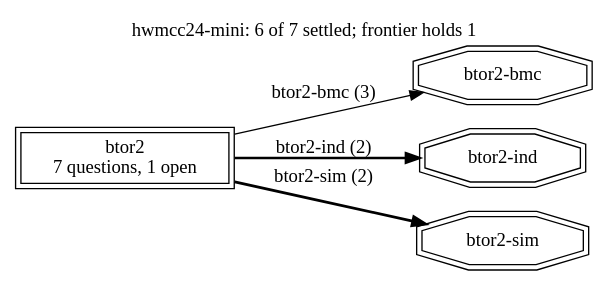
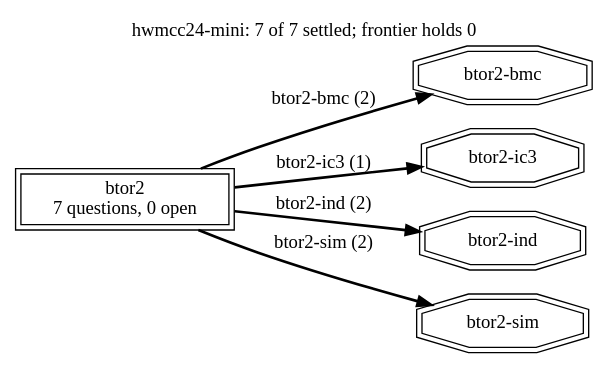
The diagram in runs/hwmcc24-mini/frontier.dot (cksystemsgroup/hurdy-gurdy), drawn with Graphviz before and after one commit. The commit also changed 22 other files, not shown here.

```diff
--- a/runs/hwmcc24-mini/frontier.dot
+++ b/runs/hwmcc24-mini/frontier.dot
@@ -1,12 +1,14 @@
 digraph "hwmcc24-mini" {
   rankdir=LR; labelloc=t;
-  label="hwmcc24-mini: 6 of 7 settled; frontier holds 1";
+  label="hwmcc24-mini: 7 of 7 settled; frontier holds 0";
   node [shape=box];
-  "btor2" [peripheries=2, label="btor2\n7 questions, 1 open"];
+  "btor2" [peripheries=2, label="btor2\n7 questions, 0 open"];
   "terminal:btor2-bmc" [shape=doubleoctagon, label="btor2-bmc"];
-  "btor2" -> "terminal:btor2-bmc" [style=solid, label="btor2-bmc (3)"];
+  "btor2" -> "terminal:btor2-bmc" [style=bold, label="btor2-bmc (2)"];
+  "terminal:btor2-ic3" [shape=doubleoctagon, label="btor2-ic3"];
+  "btor2" -> "terminal:btor2-ic3" [style=bold, label="btor2-ic3 (1)"];
   "terminal:btor2-ind" [shape=doubleoctagon, label="btor2-ind"];
   "btor2" -> "terminal:btor2-ind" [style=bold, label="btor2-ind (2)"];
   "terminal:btor2-sim" [shape=doubleoctagon, label="btor2-sim"];
   "btor2" -> "terminal:btor2-sim" [style=bold, label="btor2-sim (2)"];
 }
```
